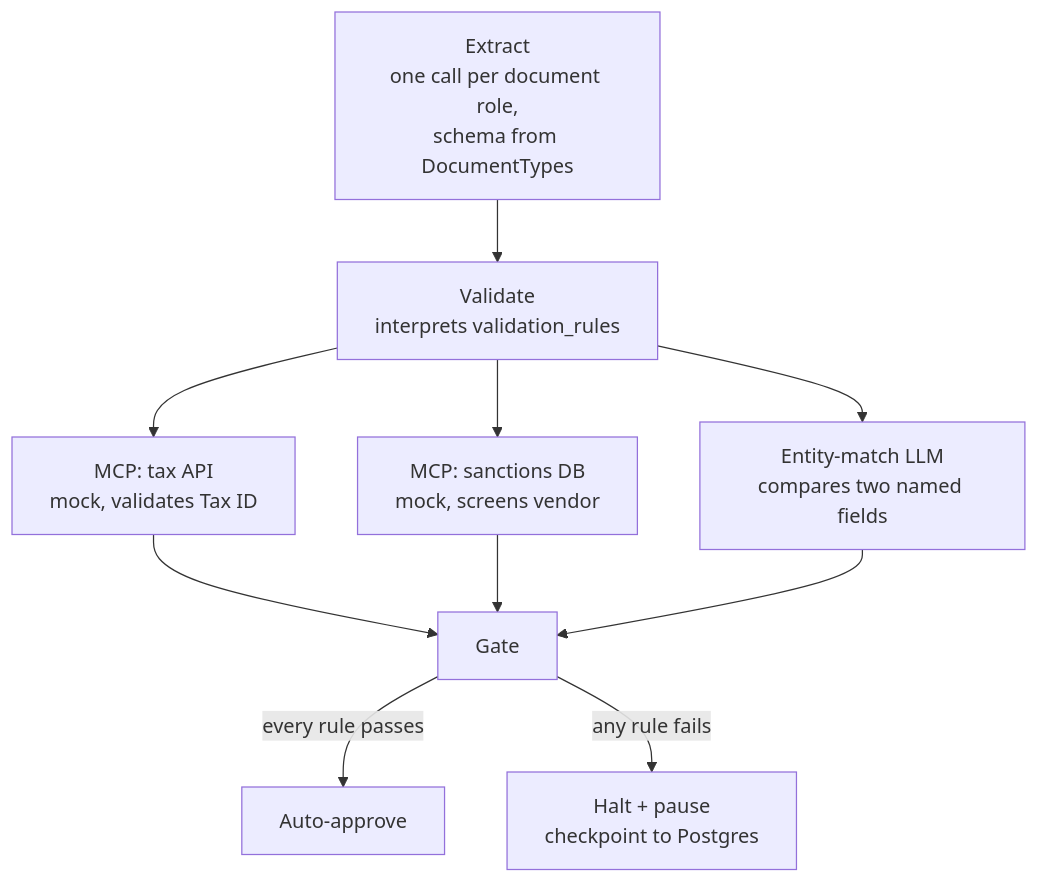
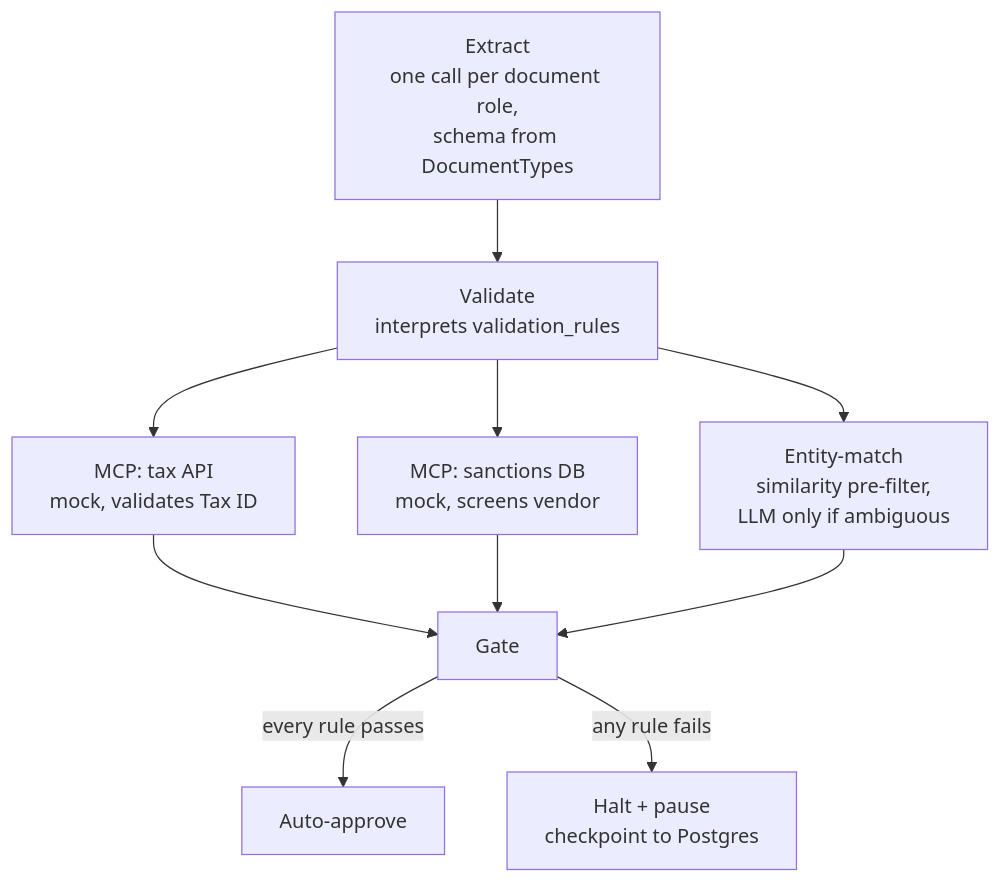
The second of 3 diagrams in README.md (divijjain/vendor_onboarding), drawn with Mermaid before and after one commit. The commit also changed other lines of this file and 14 other files, not shown here.

First line of the commit message:
Enhance entity matching and extraction logic with pre-filters

````diff
--- a/README.md
+++ b/README.md
@@ -32,12 +32,12 @@
 ```mermaid
 flowchart TD
     A1[Extract<br/>one call per document role,<br/>schema from DocumentTypes] --> A2[Validate<br/>interprets validation_rules]
     A2 --> T1[MCP: tax API<br/>mock, validates Tax ID]
     A2 --> T2[MCP: sanctions DB<br/>mock, screens vendor]
-    A2 --> EM[Entity-match LLM<br/>compares two named fields]
+    A2 --> EM[Entity-match<br/>similarity pre-filter,<br/>LLM only if ambiguous]
     T1 --> G[Gate]
     T2 --> G
     EM --> G
     G -->|every rule passes| APR[Auto-approve]
     G -->|any rule fails| INT[Halt + pause<br/>checkpoint to Postgres]
 ```
````
